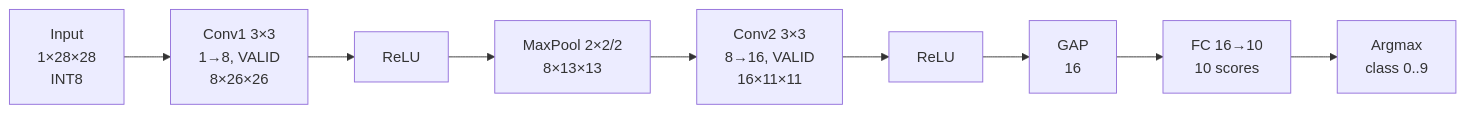
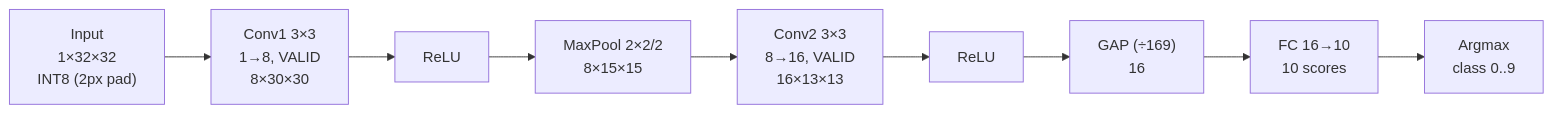
One commit to Neyozora/FPGA_MIDTERM_ERSHA_2027 changed the second of 3 diagrams in README.md. Above: the diagram before and after it, drawn with Mermaid. The commit also changed other lines of this file and 17 other files, not shown here.

````diff
--- a/README.md
+++ b/README.md
@@ -176,8 +180,8 @@
 ```mermaid
 flowchart LR
-    I["Input<br/>1×28×28<br/>INT8"] --> C1["Conv1 3×3<br/>1→8, VALID<br/>8×26×26"]
-    C1 --> R1["ReLU"] --> P1["MaxPool 2×2/2<br/>8×13×13"]
-    P1 --> C2["Conv2 3×3<br/>8→16, VALID<br/>16×11×11"]
-    C2 --> R2["ReLU"] --> G["GAP<br/>16"]
+    I["Input<br/>1×32×32<br/>INT8 (2px pad)"] --> C1["Conv1 3×3<br/>1→8, VALID<br/>8×30×30"]
+    C1 --> R1["ReLU"] --> P1["MaxPool 2×2/2<br/>8×15×15"]
+    P1 --> C2["Conv2 3×3<br/>8→16, VALID<br/>16×13×13"]
+    C2 --> R2["ReLU"] --> G["GAP (÷169)<br/>16"]
     G --> F["FC 16→10<br/>10 scores"] --> A["Argmax<br/>class 0..9"]
 ```
````
